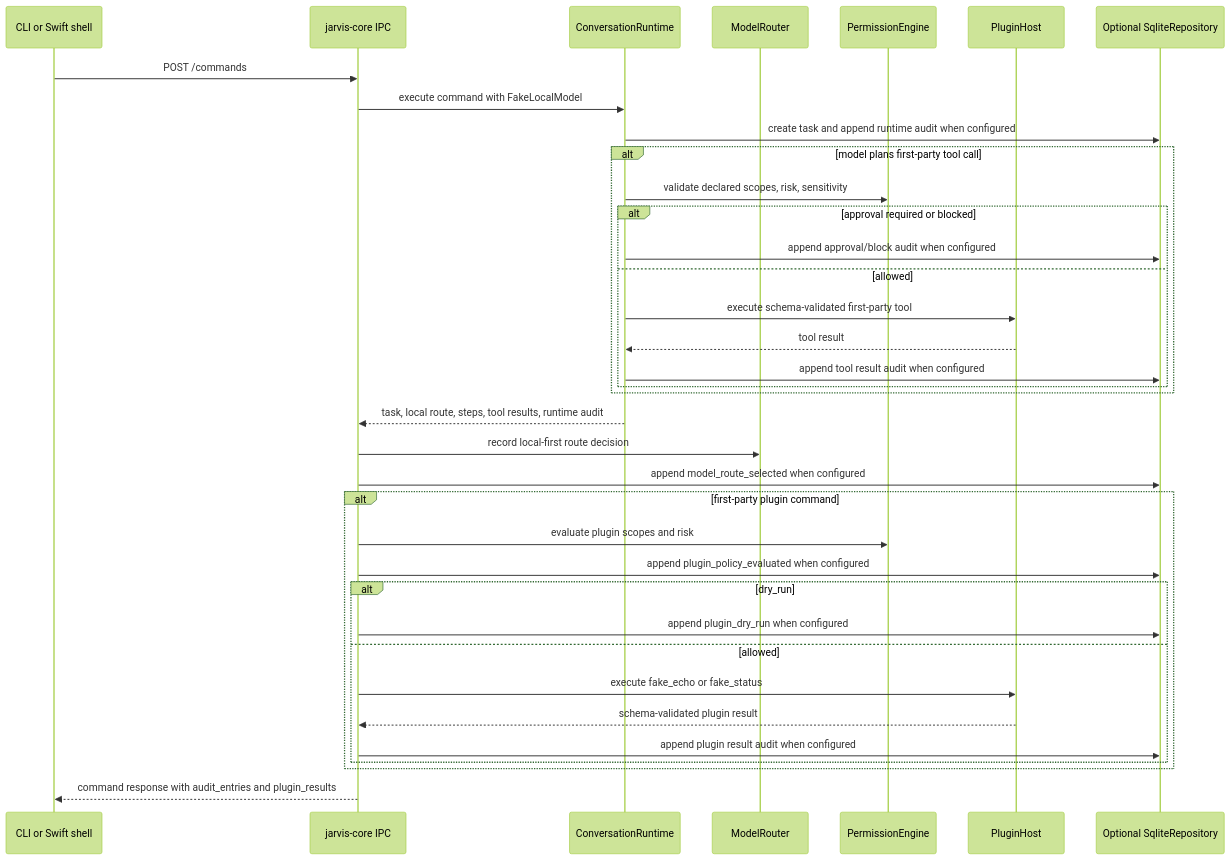
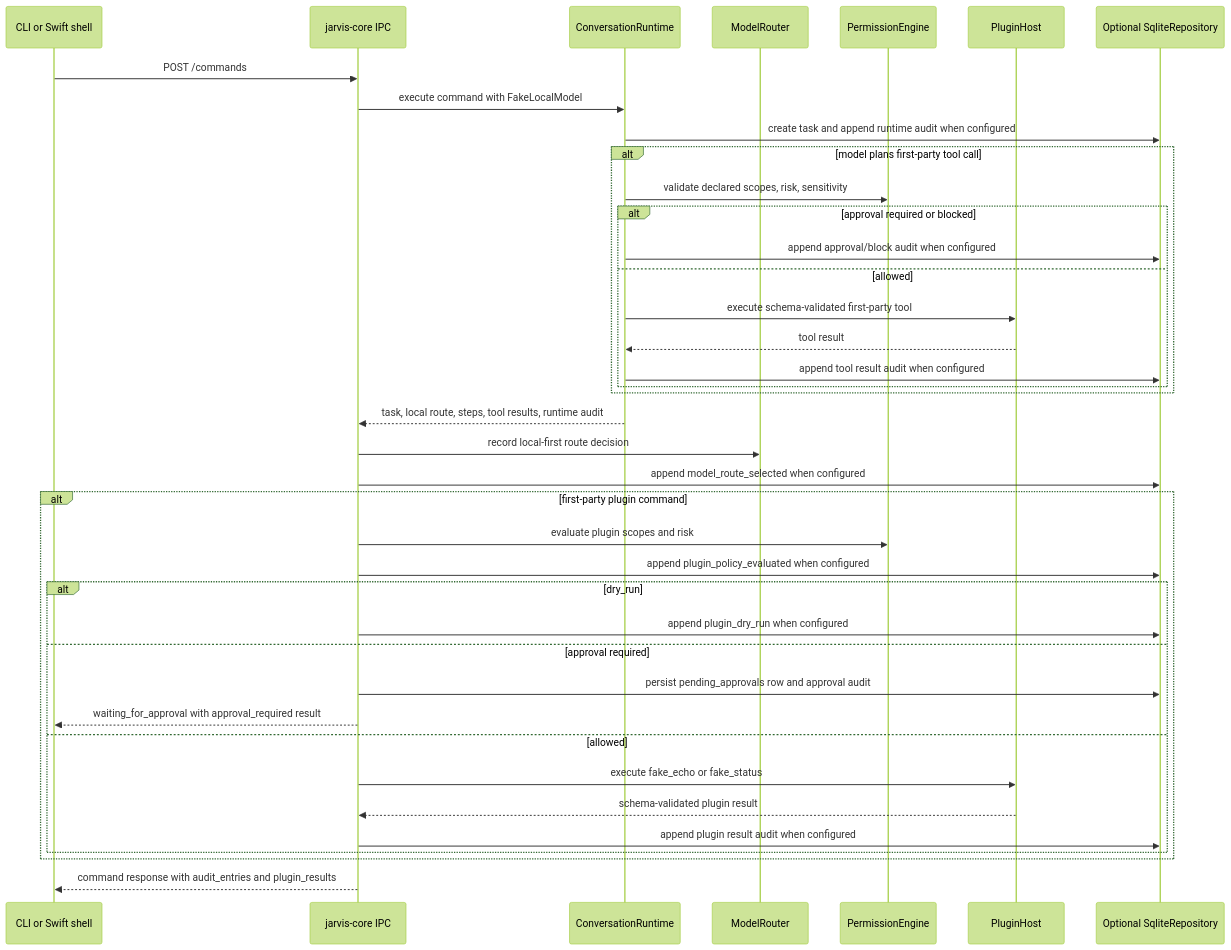
Before and after one commit to malak333/Assemblywright: the second of 4 diagrams in docs/architecture-map.md, drawn with Mermaid (forest theme). The commit also changed other lines of this file and 8 other files, not shown here.

Commit message:
Add approval decision IPC scaffold

````diff
--- a/docs/architecture-map.md
+++ b/docs/architecture-map.md
@@ -86,39 +90,42 @@
 ```mermaid
 sequenceDiagram
     participant Client as CLI or Swift shell
     participant IPC as jarvis-core IPC
     participant Runtime as ConversationRuntime
     participant Router as ModelRouter
     participant Policy as PermissionEngine
     participant Plugins as PluginHost
     participant Store as Optional SqliteRepository
 
     Client->>IPC: POST /commands
     IPC->>Runtime: execute command with FakeLocalModel
     Runtime->>Store: create task and append runtime audit when configured
     alt model plans first-party tool call
         Runtime->>Policy: validate declared scopes, risk, sensitivity
         alt approval required or blocked
             Runtime->>Store: append approval/block audit when configured
         else allowed
             Runtime->>Plugins: execute schema-validated first-party tool
             Plugins-->>Runtime: tool result
             Runtime->>Store: append tool result audit when configured
         end
     end
     Runtime-->>IPC: task, local route, steps, tool results, runtime audit
     IPC->>Router: record local-first route decision
     IPC->>Store: append model_route_selected when configured
     alt first-party plugin command
         IPC->>Policy: evaluate plugin scopes and risk
         IPC->>Store: append plugin_policy_evaluated when configured
         alt dry_run
             IPC->>Store: append plugin_dry_run when configured
+        else approval required
+            IPC->>Store: persist pending_approvals row and approval audit
+            IPC-->>Client: waiting_for_approval with approval_required result
         else allowed
             IPC->>Plugins: execute fake_echo or fake_status
             Plugins-->>IPC: schema-validated plugin result
             IPC->>Store: append plugin result audit when configured
         end
     end
     IPC-->>Client: command response with audit_entries and plugin_results
 ```
````
